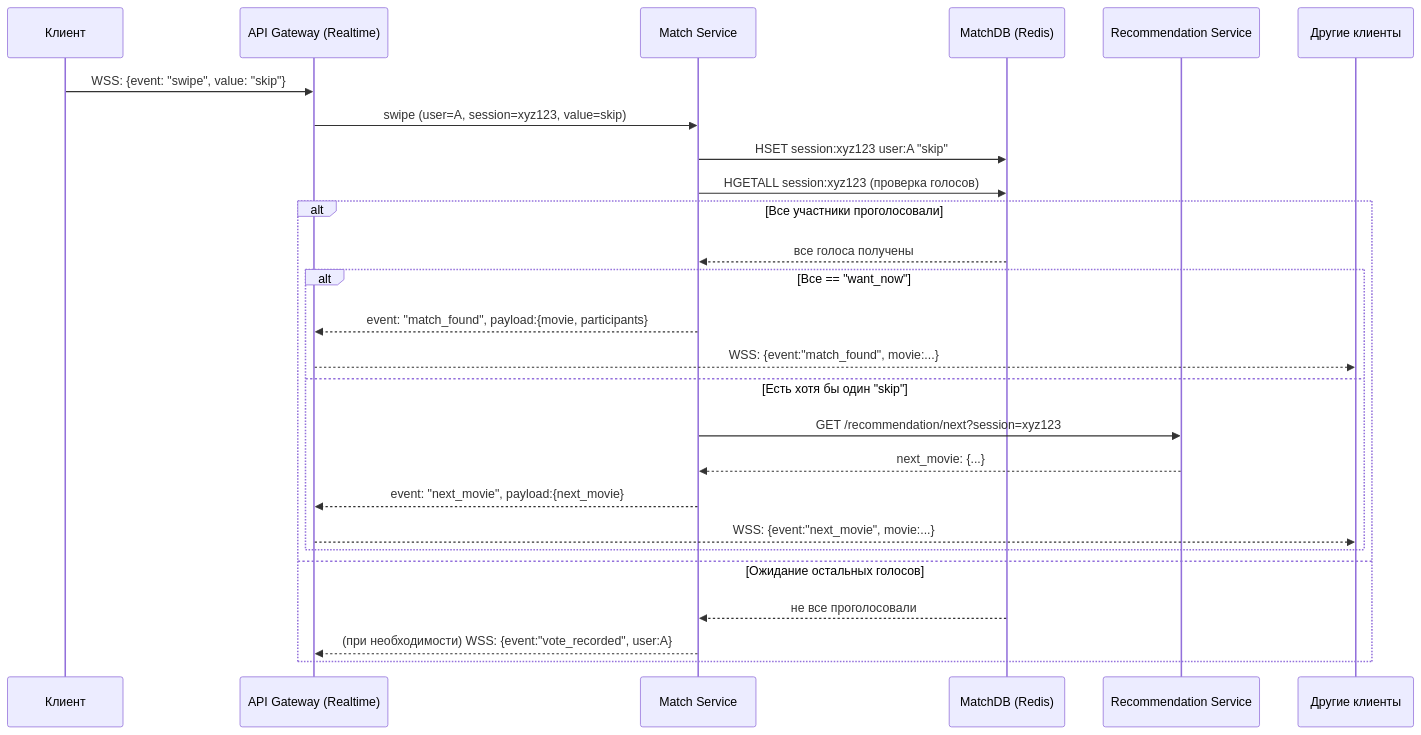
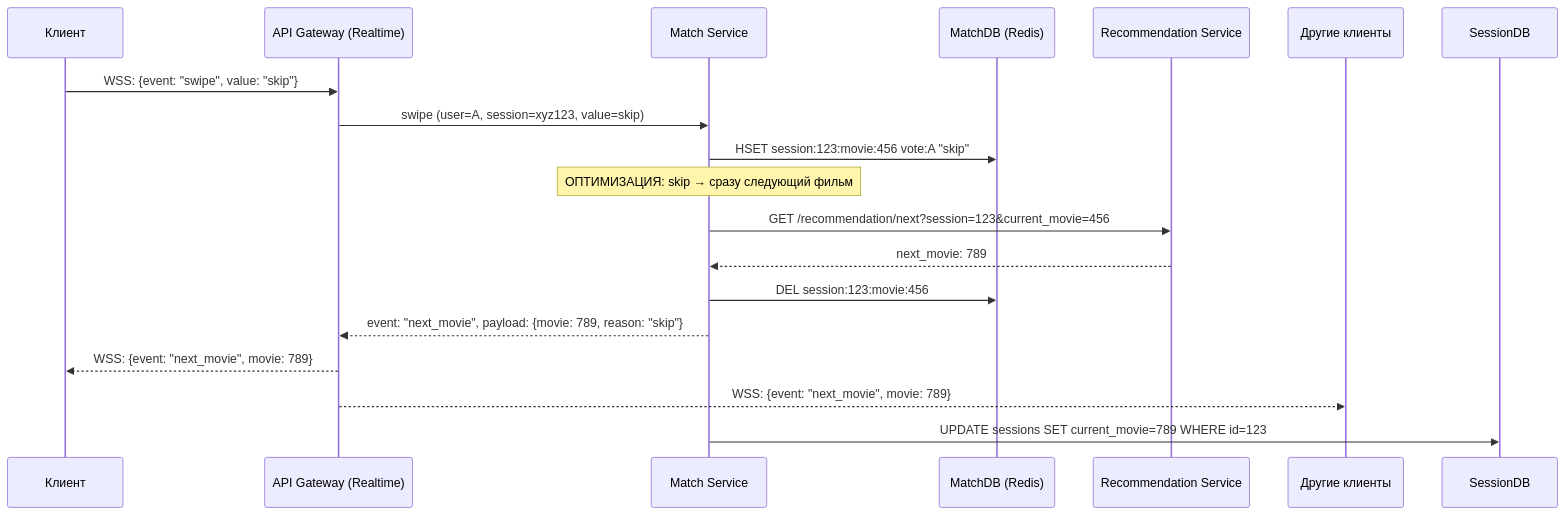
One commit to spbu-ds-practicum-2025/dodep changed the fifth of 6 diagrams in docs/tr.md. Above: the diagram before and after it, drawn with Mermaid. The commit also changed other lines of this file, not shown here.

````diff
--- a/docs/tr.md
+++ b/docs/tr.md
@@ -248,29 +258,21 @@
 ```mermaid
 sequenceDiagram
   participant Client as Клиент
   participant Gateway as API Gateway (Realtime)
   participant MatchSvc as Match Service
   participant MatchDB as MatchDB (Redis)
   participant RecSvc as Recommendation Service
   participant OtherClients as Другие клиенты
 
   Client->>Gateway: WSS: {event: "swipe", value: "skip"}
   Gateway->>MatchSvc: swipe (user=A, session=xyz123, value=skip)
-  MatchSvc->>MatchDB: HSET session:xyz123 user:A "skip"
-  MatchSvc->>MatchDB: HGETALL session:xyz123 (проверка голосов)
-  alt Все участники проголосовали
-    MatchDB-->>MatchSvc: все голоса получены
-    alt Все == "want_now"
-      MatchSvc-->>Gateway: event: "match_found", payload:{movie, participants}
-      Gateway-->>OtherClients: WSS: {event:"match_found", movie:...}
-    else Есть хотя бы один "skip"
-      MatchSvc->>RecSvc: GET /recommendation/next?session=xyz123
-      RecSvc-->>MatchSvc: next_movie: {...}
-      MatchSvc-->>Gateway: event: "next_movie", payload:{next_movie}
-      Gateway-->>OtherClients: WSS: {event:"next_movie", movie:...}
-    end
-  else Ожидание остальных голосов
-    MatchDB-->>MatchSvc: не все проголосовали
-    MatchSvc-->>Gateway: (при необходимости) WSS: {event:"vote_recorded", user:A}
-  end
+  MatchSvc->>MatchDB: HSET session:123:movie:456 vote:A "skip"
+  Note over MatchSvc: ОПТИМИЗАЦИЯ: skip → сразу следующий фильм
+  MatchSvc->>RecSvc: GET /recommendation/next?session=123&current_movie=456
+  RecSvc-->>MatchSvc: next_movie: 789
+  MatchSvc->>MatchDB: DEL session:123:movie:456
+  MatchSvc-->>Gateway: event: "next_movie", payload: {movie: 789, reason: "skip"}
+  Gateway-->>Client: WSS: {event: "next_movie", movie: 789}
+  Gateway-->>OtherClients: WSS: {event: "next_movie", movie: 789}
+  MatchSvc->>SessionDB: UPDATE sessions SET current_movie=789 WHERE id=123
 ```
````
